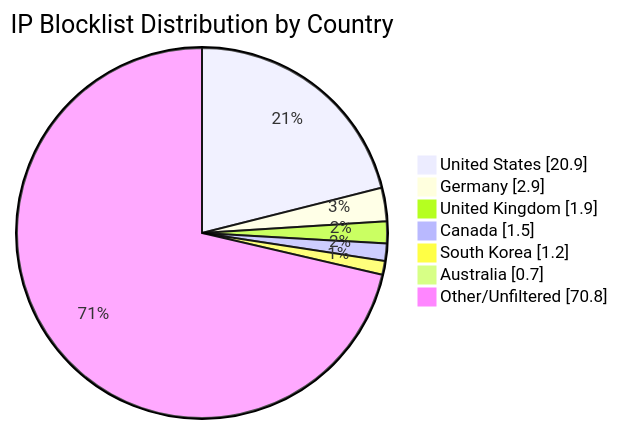
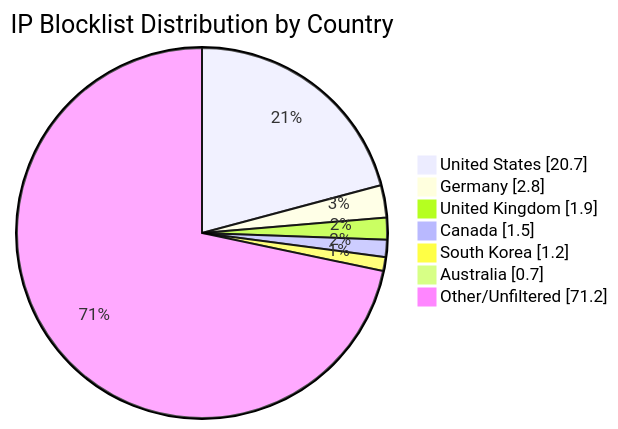
The diagram in README.md (MarcusHoltz/ipblocklist-geofiltered-aggregator), drawn with Mermaid before and after one commit. The commit also changed other lines of this file and 9 other files, not shown here.

````diff
--- a/README.md
+++ b/README.md
@@ -34,10 +34,10 @@
 ```mermaid
 pie showData title IP Blocklist Distribution by Country
-"United States" : 20.9
-"Germany" : 2.9
+"United States" : 20.7
+"Germany" : 2.8
 "United Kingdom" : 1.9
 "Canada" : 1.5
 "South Korea" : 1.2
 "Australia" : 0.7
-"Other/Unfiltered" : 70.8
+"Other/Unfiltered" : 71.2
 ```
````
